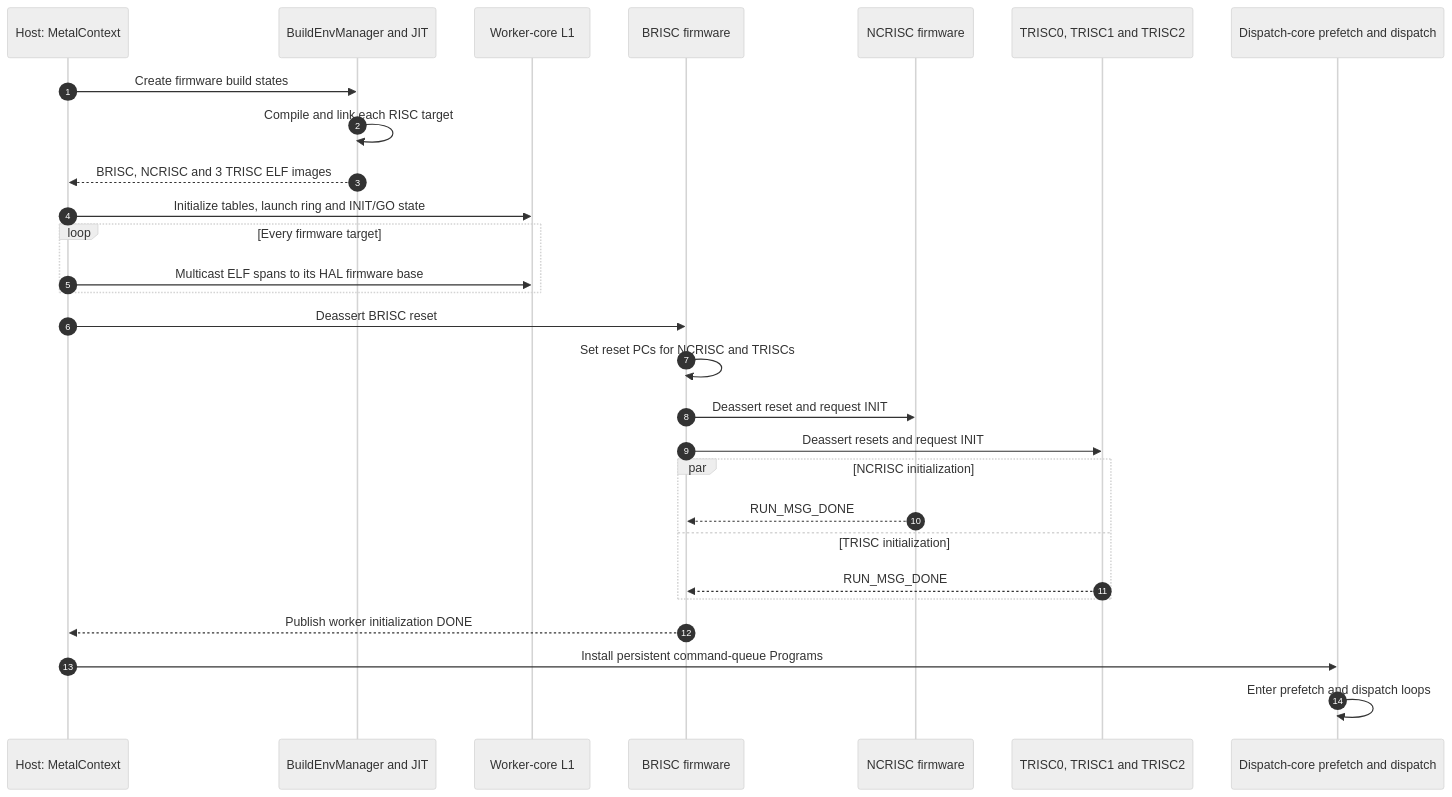
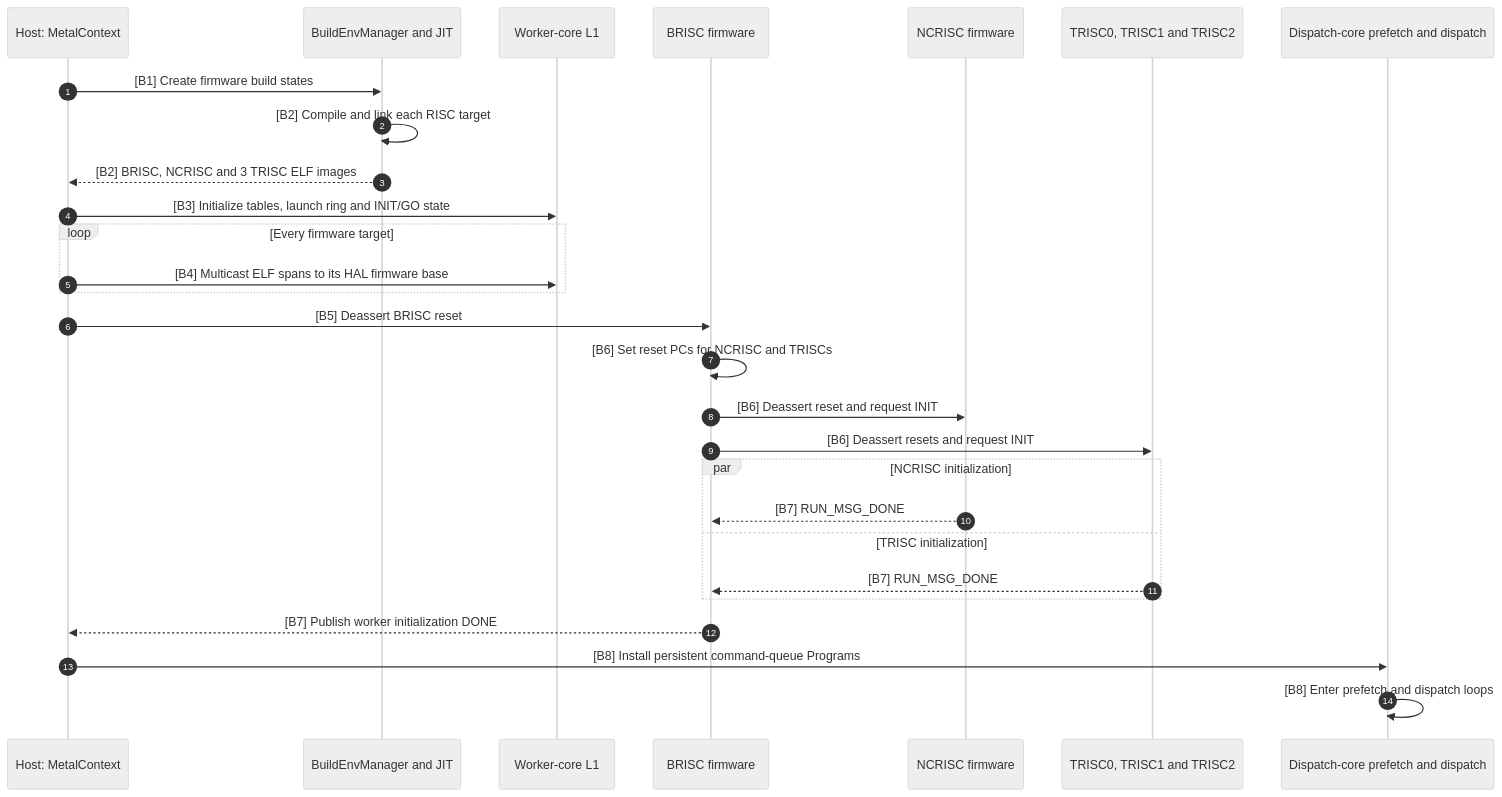
The first of 13 diagrams in public/RISC_FIRMWARE_TO_KERNEL_FLOW.md (buicongnguyen/tt-sim), drawn with Mermaid (neutral theme) before and after one commit. The commit also changed other lines of this file and 4 other files, not shown here.

Commit message:
Link firmware flow steps to source

````diff
--- a/public/RISC_FIRMWARE_TO_KERNEL_FLOW.md
+++ b/public/RISC_FIRMWARE_TO_KERNEL_FLOW.md
@@ -93,31 +93,31 @@
 ```mermaid
 sequenceDiagram
     autonumber
     participant MC as Host: MetalContext
     participant JIT as BuildEnvManager and JIT
     participant L1 as Worker-core L1
     participant BR as BRISC firmware
     participant NC as NCRISC firmware
     participant TR as TRISC0, TRISC1 and TRISC2
     participant CQ as Dispatch-core prefetch and dispatch
 
-    MC->>JIT: Create firmware build states
-    JIT->>JIT: Compile and link each RISC target
-    JIT-->>MC: BRISC, NCRISC and 3 TRISC ELF images
-    MC->>L1: Initialize tables, launch ring and INIT/GO state
+    MC->>JIT: [B1] Create firmware build states
+    JIT->>JIT: [B2] Compile and link each RISC target
+    JIT-->>MC: [B2] BRISC, NCRISC and 3 TRISC ELF images
+    MC->>L1: [B3] Initialize tables, launch ring and INIT/GO state
     loop Every firmware target
-        MC->>L1: Multicast ELF spans to its HAL firmware base
+        MC->>L1: [B4] Multicast ELF spans to its HAL firmware base
     end
-    MC->>BR: Deassert BRISC reset
-    BR->>BR: Set reset PCs for NCRISC and TRISCs
-    BR->>NC: Deassert reset and request INIT
-    BR->>TR: Deassert resets and request INIT
+    MC->>BR: [B5] Deassert BRISC reset
+    BR->>BR: [B6] Set reset PCs for NCRISC and TRISCs
+    BR->>NC: [B6] Deassert reset and request INIT
+    BR->>TR: [B6] Deassert resets and request INIT
     par NCRISC initialization
-        NC-->>BR: RUN_MSG_DONE
+        NC-->>BR: [B7] RUN_MSG_DONE
     and TRISC initialization
-        TR-->>BR: RUN_MSG_DONE
+        TR-->>BR: [B7] RUN_MSG_DONE
     end
-    BR-->>MC: Publish worker initialization DONE
-    MC->>CQ: Install persistent command-queue Programs
-    CQ->>CQ: Enter prefetch and dispatch loops
+    BR-->>MC: [B7] Publish worker initialization DONE
+    MC->>CQ: [B8] Install persistent command-queue Programs
+    CQ->>CQ: [B8] Enter prefetch and dispatch loops
 ```
````
